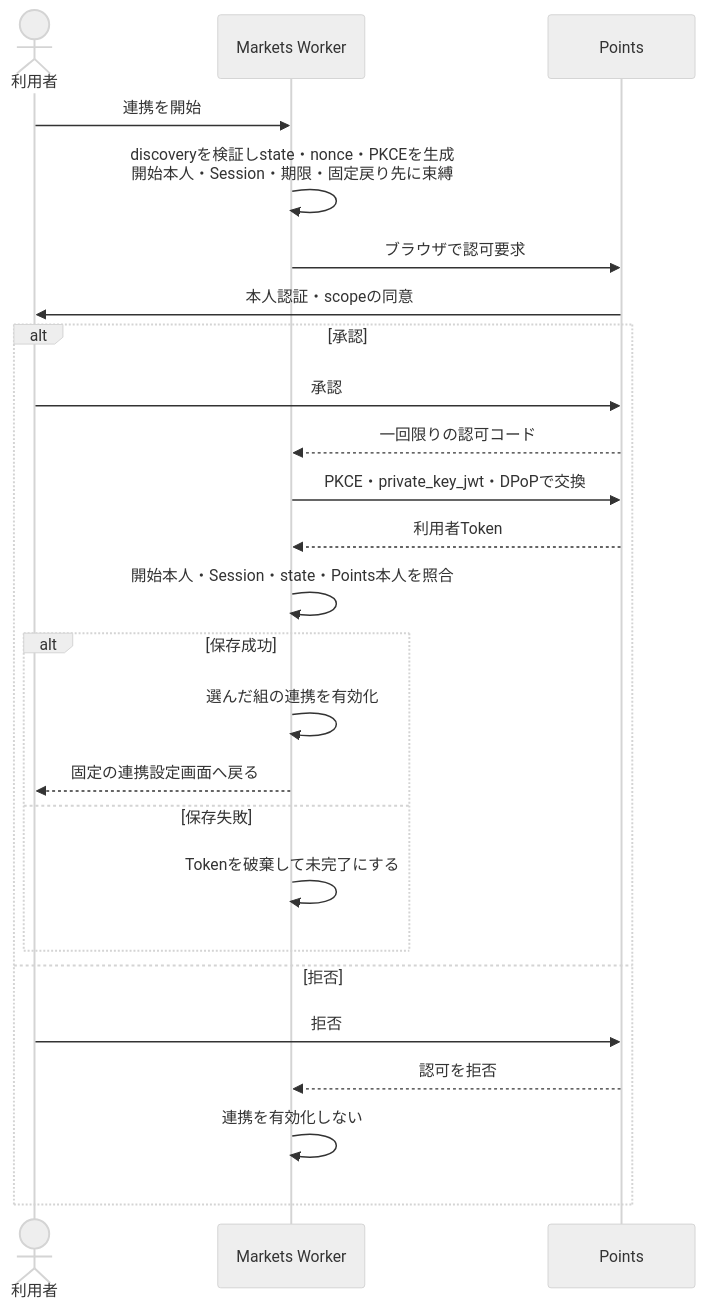
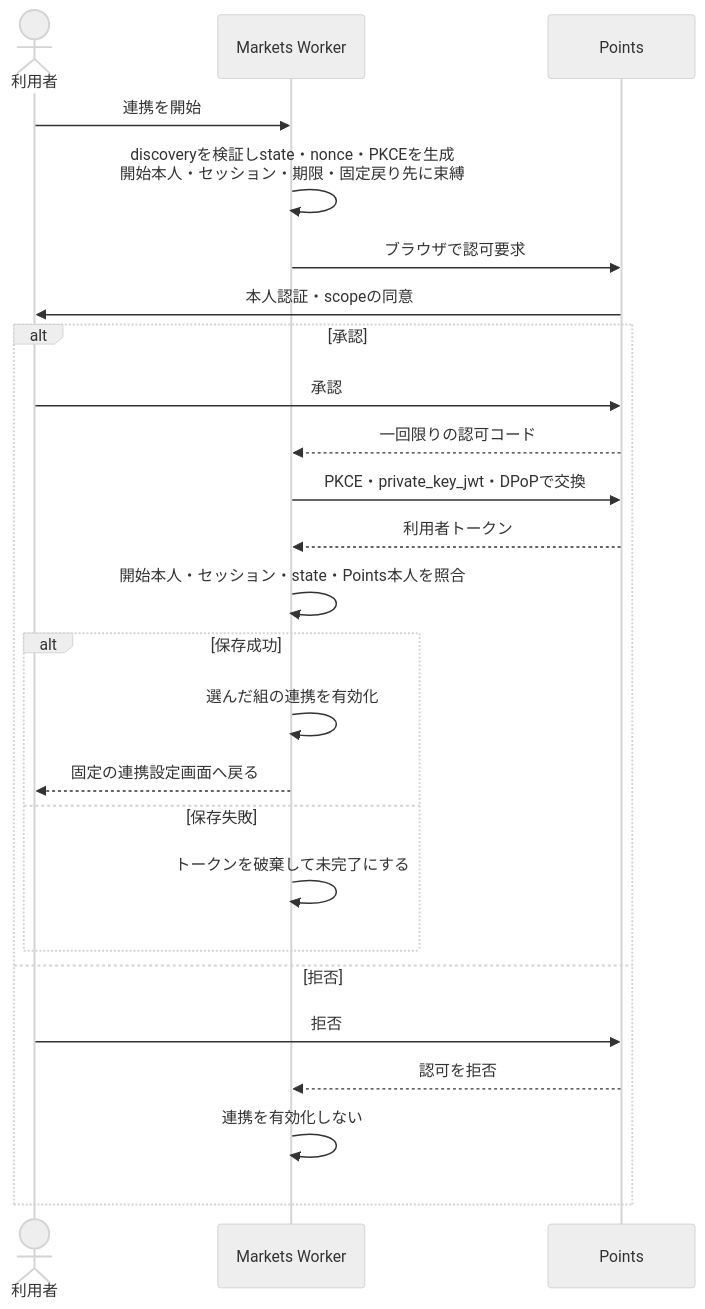
One commit to yuichisugio/freeism changed the second of 5 diagrams in projects/markets-web-app/docs/specification/v0.2.1/details/all.ja.md. Above: the diagram before and after it, drawn with Mermaid (neutral theme). The commit also changed other lines of this file, not shown here.

````diff
--- a/projects/markets-web-app/docs/specification/v0.2.1/details/all.ja.md
+++ b/projects/markets-web-app/docs/specification/v0.2.1/details/all.ja.md
@@ -1582,27 +1451,27 @@
 ```mermaid
 sequenceDiagram
   actor U as 利用者
   participant M as Markets Worker
   participant P as Points
   U->>M: 連携を開始
-  M->>M: discoveryを検証しstate・nonce・PKCEを生成<br/>開始本人・Session・期限・固定戻り先に束縛
+  M->>M: discoveryを検証しstate・nonce・PKCEを生成<br/>開始本人・セッション・期限・固定戻り先に束縛
   M->>P: ブラウザで認可要求
   P->>U: 本人認証・scopeの同意
   alt 承認
     U->>P: 承認
     P-->>M: 一回限りの認可コード
     M->>P: PKCE・private_key_jwt・DPoPで交換
-    P-->>M: 利用者Token
-    M->>M: 開始本人・Session・state・Points本人を照合
+    P-->>M: 利用者トークン
+    M->>M: 開始本人・セッション・state・Points本人を照合
     alt 保存成功
       M->>M: 選んだ組の連携を有効化
       M-->>U: 固定の連携設定画面へ戻る
     else 保存失敗
-      M->>M: Tokenを破棄して未完了にする
+      M->>M: トークンを破棄して未完了にする
     end
   else 拒否
     U->>P: 拒否
     P-->>M: 認可を拒否
     M->>M: 連携を有効化しない
   end
 ```
````
